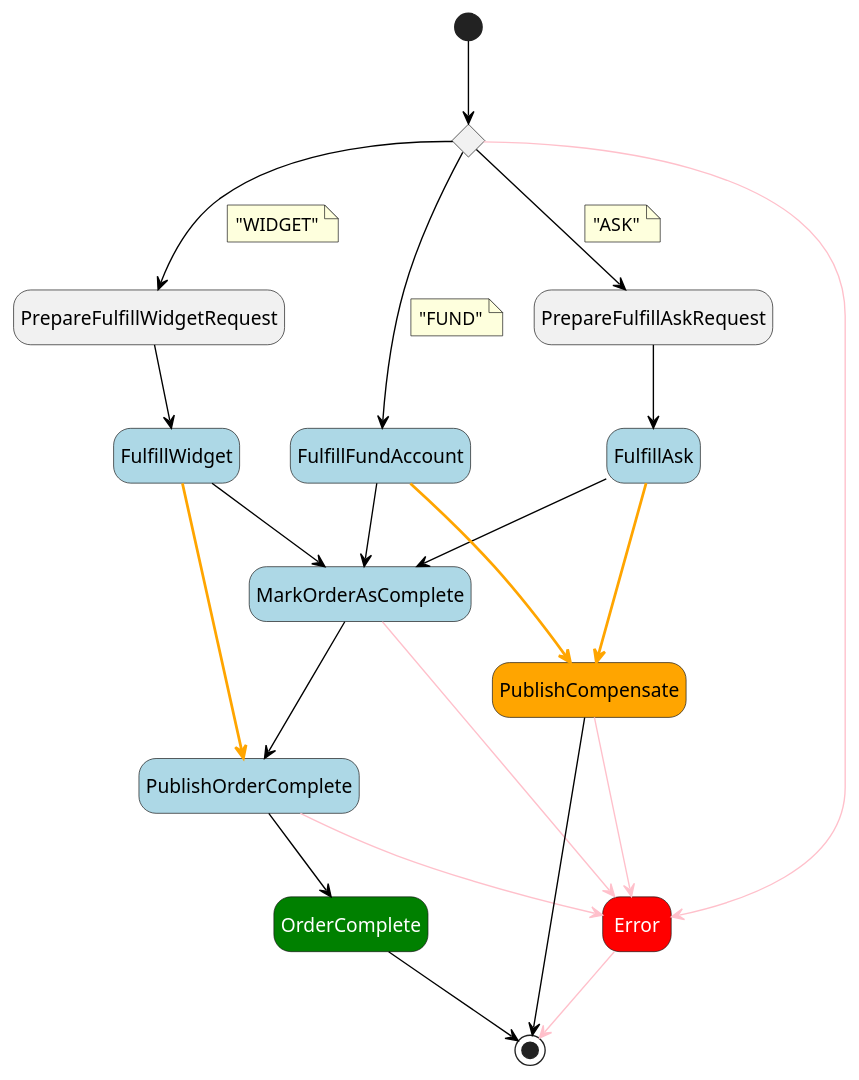
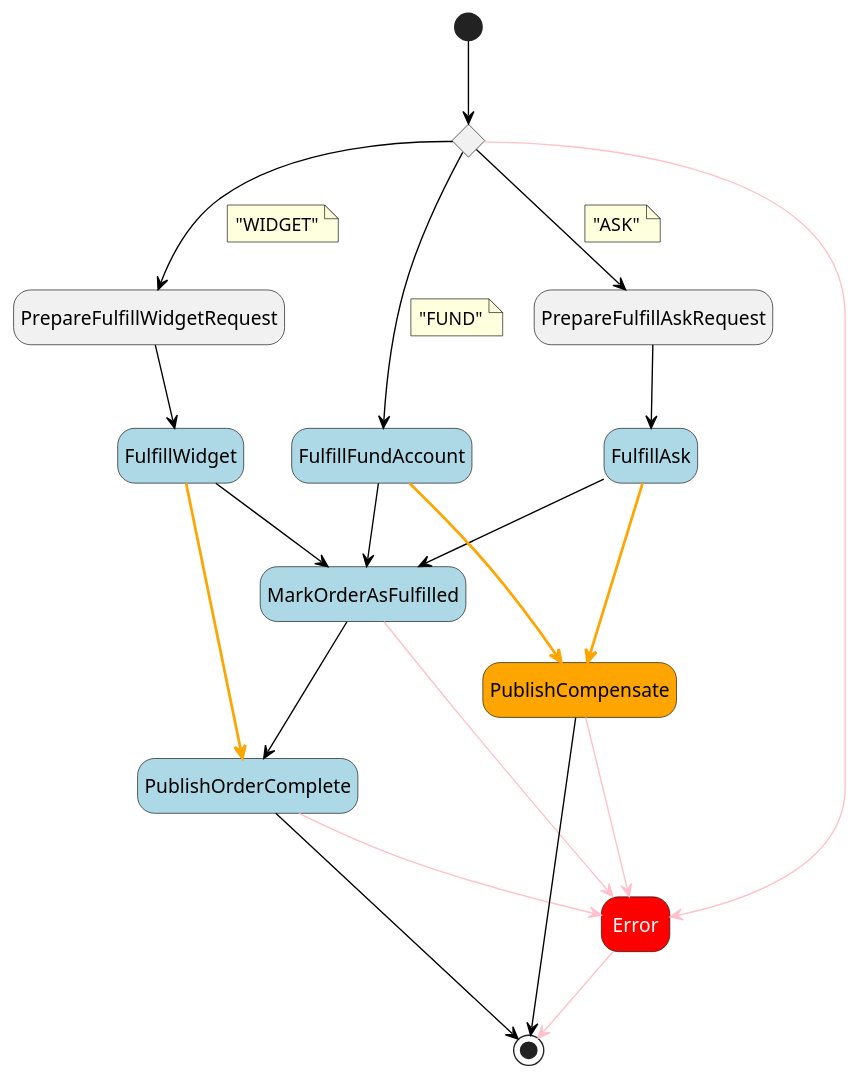
Before and after one commit to massfords/asl-puml: the diagram in src/__tests__/pumls/demo.asl.puml, drawn with PlantUML. The commit also changed 5 other files, not shown here.

```diff
--- a/src/__tests__/pumls/demo.asl.puml
+++ b/src/__tests__/pumls/demo.asl.puml
@@ -1,56 +1,54 @@
 @startuml
 hide empty description
 skinparam LineBackgroundColor #black
 skinparam ArrowColor #black
 skinparam state {
     BackgroundColor<<aslFail>> #red
     FontColor<<aslFail>> #white
 
     BackgroundColor<<aslTask>> #lightblue
     BackgroundColor<<Compensate>> #orange
 
     BackgroundColor<<aslSucceed>> #green
     FontColor<<aslSucceed>> #white
 }
 state "Dispatch by type of item" as state1<<Choice>>
 state "PrepareFulfillWidgetRequest" as state2<<aslPass>>
 state "PrepareFulfillAskRequest" as state3<<aslPass>>
 state "FulfillWidget" as state4<<aslTask>>
 state "FulfillAsk" as state5<<aslTask>>
 state "FulfillFundAccount" as state6<<aslTask>>
-state "MarkOrderAsComplete" as state7<<aslTask>>
+state "MarkOrderAsFulfilled" as state7<<aslTask>>
 state "Error" as state8<<aslFail>>
 state "PublishOrderComplete" as state9<<aslTask>>
-state "OrderComplete" as state10<<aslSucceed>>
-state "PublishCompensate" as state11<<Compensate>>
+state "PublishCompensate" as state10<<Compensate>>
 [*] --> state1
 state1 --> state2
 note on link
 "WIDGET"
 end note
 state1 --> state3
 note on link
 "ASK"
 end note
 state1 --> state6
 note on link
 "FUND"
 end note
 state1 -[#pink]-> state8
 state2 --> state4
 state3 --> state5
 state4 --> state7
 state4 -[bold,#orange]-> state9
 state5 --> state7
-state5 -[bold,#orange]-> state11
+state5 -[bold,#orange]-> state10
 state6 --> state7
-state6 -[bold,#orange]-> state11
+state6 -[bold,#orange]-> state10
 state7 --> state9
 state7 -[#pink]-> state8
 state8 -[#pink]-> [*]
-state9 --> state10
+state9 --> [*]
 state9 -[#pink]-> state8
 state10 --> [*]
-state11 --> [*]
-state11 -[#pink]-> state8
+state10 -[#pink]-> state8
 @enduml
```
